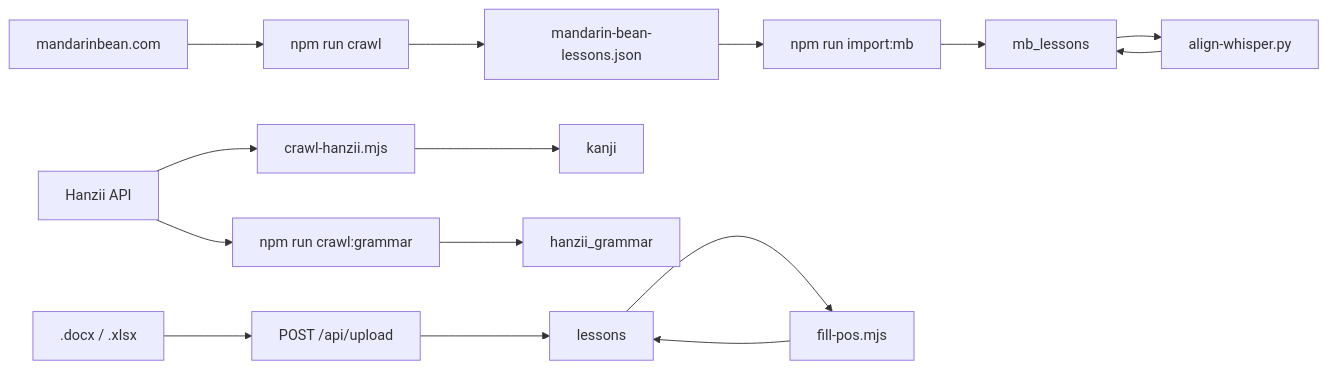
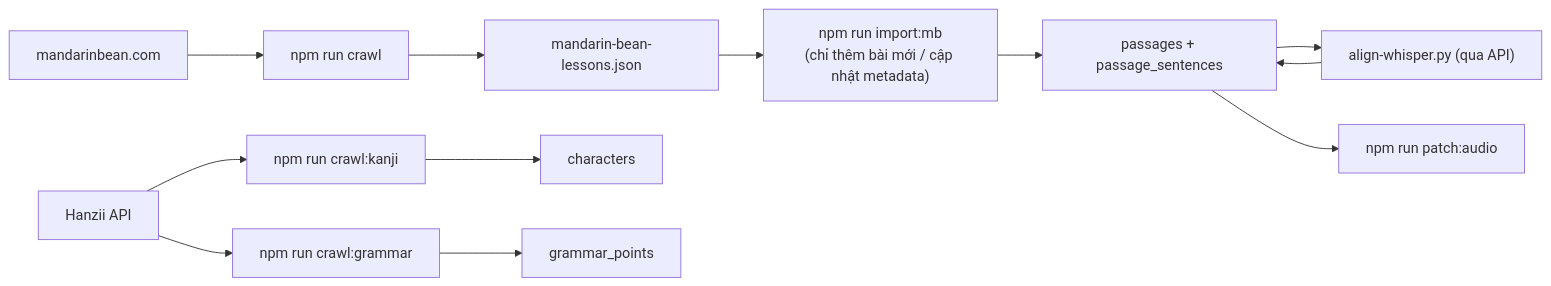
The eighth of 9 diagrams in docs/ARCHITECTURE.md (phuonglai99/language), drawn with Mermaid before and after one commit. The commit also changed other lines of this file and 12 other files, not shown here.

````diff
--- a/docs/ARCHITECTURE.md
+++ b/docs/ARCHITECTURE.md
@@ -303,19 +229,15 @@
 ```mermaid
 flowchart LR
   mbSite["mandarinbean.com"] --> crawlMB["npm run crawl"]
   crawlMB --> jsonFile["mandarin-bean-lessons.json"]
-  jsonFile --> importMB["npm run import:mb"]
-  importMB --> mbTable["mb_lessons"]
-  mbTable --> whisper["align-whisper.py"]
-  whisper --> mbTable
+  jsonFile --> importMB["npm run import:mb\n(chỉ thêm bài mới / cập nhật metadata)"]
+  importMB --> passages["passages + passage_sentences"]
+  passages --> whisper["align-whisper.py (qua API)"]
+  whisper --> passages
+  passages --> patch["npm run patch:audio"]
 
-  hanziiAPI["Hanzii API"] --> crawlK["crawl-hanzii.mjs"]
-  crawlK --> kanjiT["kanji"]
+  hanziiAPI["Hanzii API"] --> crawlK["npm run crawl:kanji"]
+  crawlK --> chars["characters"]
   hanziiAPI --> crawlG["npm run crawl:grammar"]
-  crawlG --> gramT["hanzii_grammar"]
-
-  docx[".docx / .xlsx"] --> upload["POST /api/upload"]
-  upload --> lessonsT["lessons"]
-  lessonsT --> fillPos["fill-pos.mjs"]
-  fillPos --> lessonsT
+  crawlG --> gram["grammar_points"]
 ```
````
